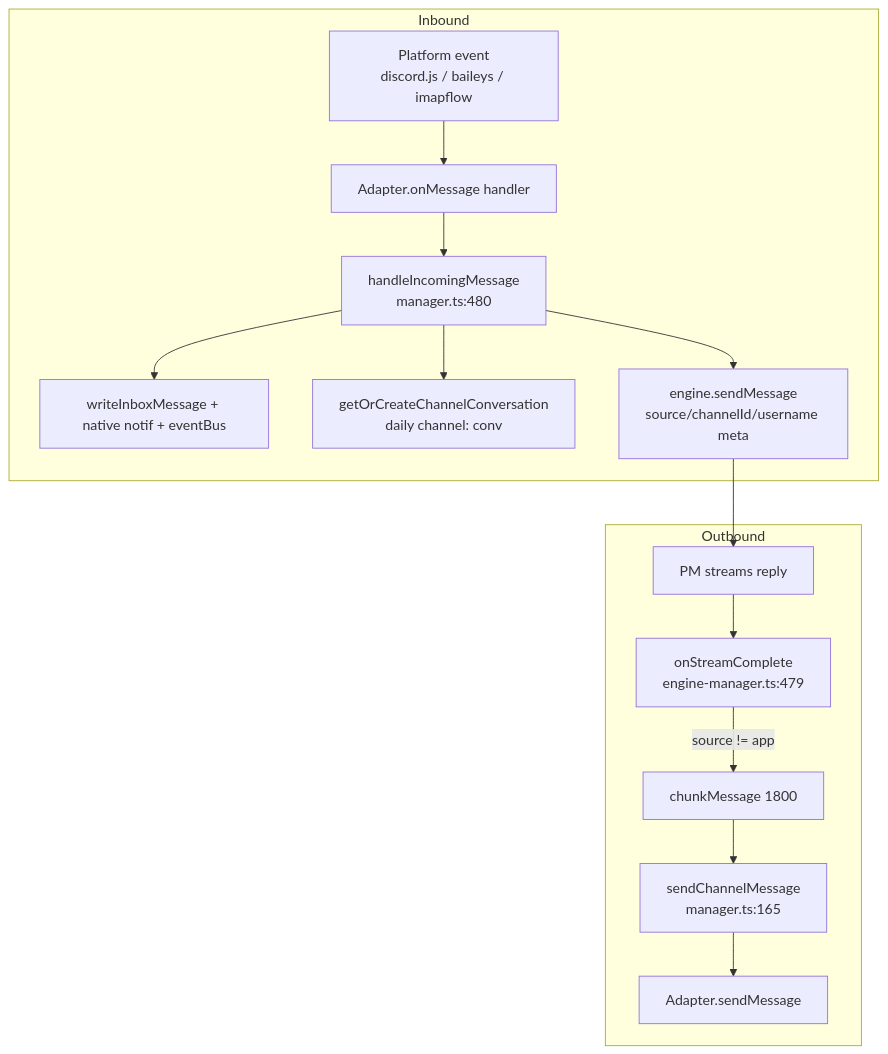
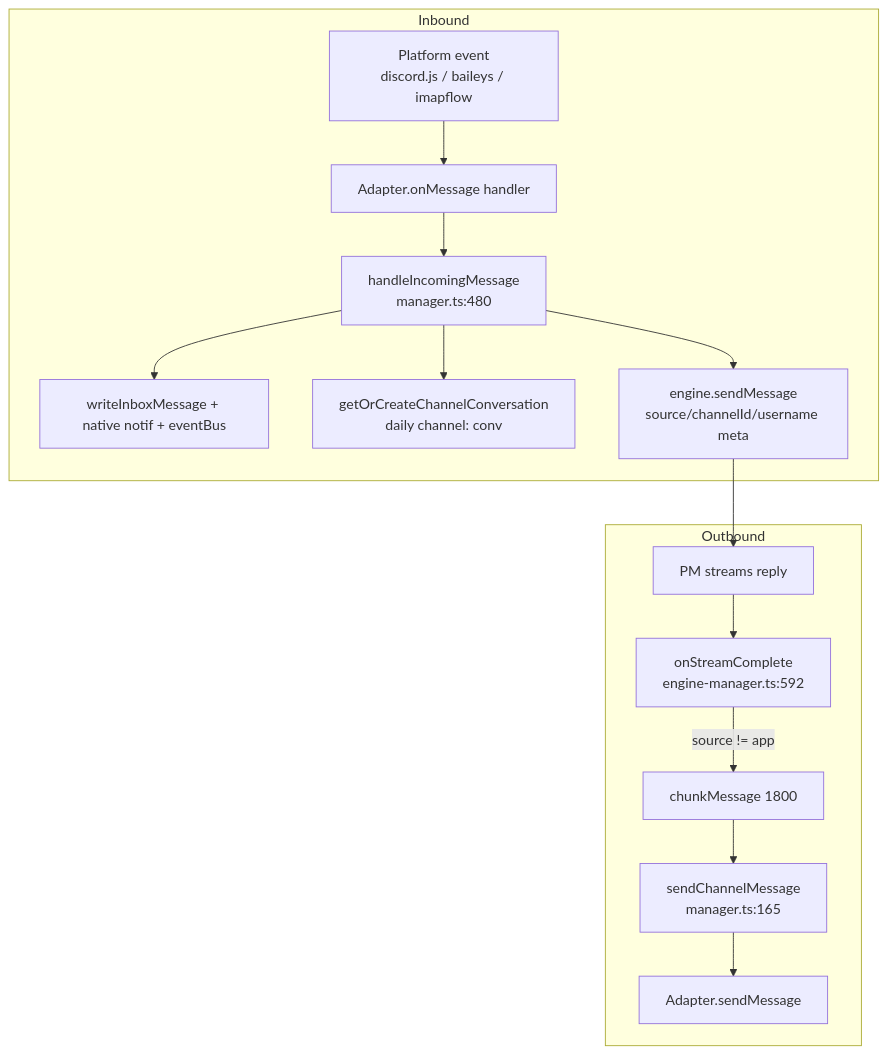
The diagram in project-wiki/subsystems/channels.md (sarfraznawaz2005/agentdesk), drawn with Mermaid before and after one commit. The commit also changed other lines of this file and 48 other files, not shown here.

````diff
--- a/project-wiki/subsystems/channels.md
+++ b/project-wiki/subsystems/channels.md
@@ -46,17 +46,17 @@
 ```mermaid
 flowchart TD
   subgraph Inbound
     P[Platform event<br/>discord.js / baileys / imapflow] --> A[Adapter.onMessage handler]
     A --> H[handleIncomingMessage<br/>manager.ts:480]
     H --> I[writeInboxMessage + native notif + eventBus]
     H --> C[getOrCreateChannelConversation<br/>daily channel: conv]
     H --> E[engine.sendMessage<br/>source/channelId/username meta]
   end
   subgraph Outbound
     E --> S[PM streams reply]
-    S --> O[onStreamComplete<br/>engine-manager.ts:479]
+    S --> O[onStreamComplete<br/>engine-manager.ts:592]
     O -->|source != app| K[chunkMessage 1800]
     K --> SC[sendChannelMessage<br/>manager.ts:165]
     SC --> A2[Adapter.sendMessage]
   end
 ```
````
